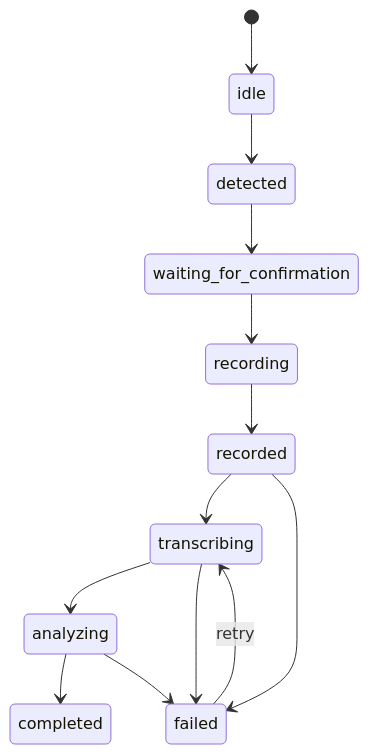
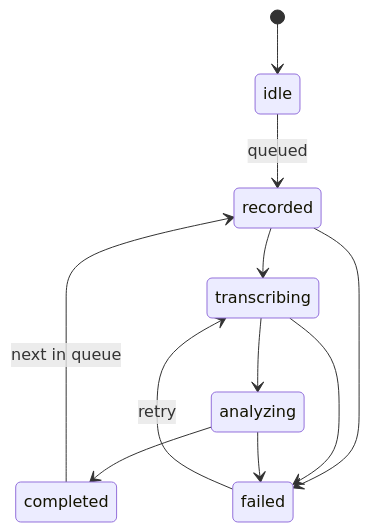
Before and after one commit to Hussain-Mehdi/meeting-ai: the third of 3 diagrams in PROJECT_DOCUMENTATION.md, drawn with Mermaid. The commit also changed other lines of this file and 12 other files, not shown here.

````diff
--- a/PROJECT_DOCUMENTATION.md
+++ b/PROJECT_DOCUMENTATION.md
@@ -485,15 +493,13 @@
 ```mermaid
 stateDiagram-v2
     [*] --> idle
-    idle --> detected
-    detected --> waiting_for_confirmation
-    waiting_for_confirmation --> recording
-    recording --> recorded
+    idle --> recorded: queued
     recorded --> transcribing
     transcribing --> analyzing
     analyzing --> completed
     recorded --> failed
     transcribing --> failed
     analyzing --> failed
+    completed --> recorded: next in queue
     failed --> transcribing: retry
 ```
````
